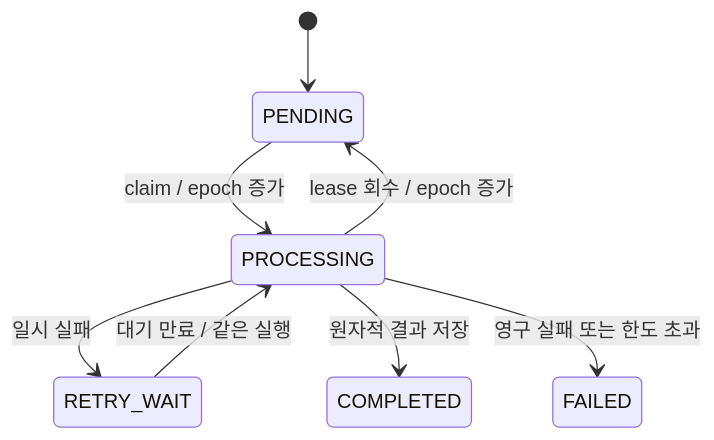
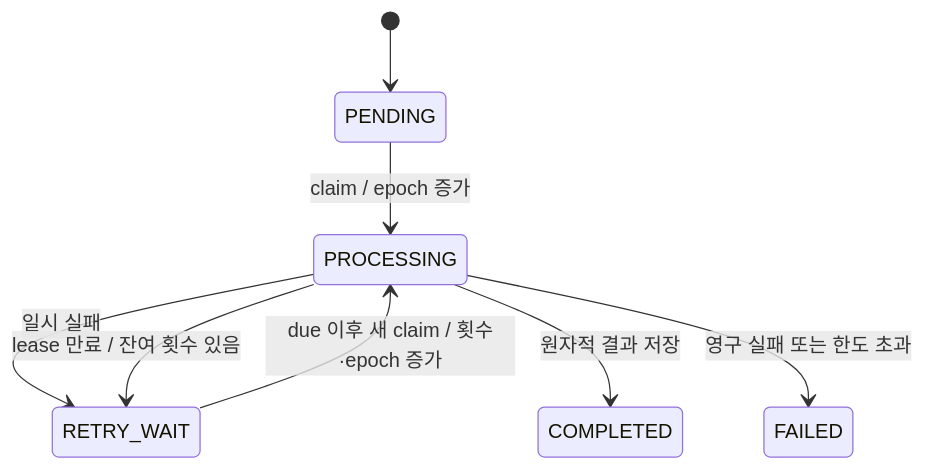
One commit to mash-up-kr/spr1n6-osscontest-worker changed the second of 2 diagrams in README.md. Above: the diagram before and after it, drawn with Mermaid. The commit also changed other lines of this file and 37 other files, not shown here.

````diff
--- a/README.md
+++ b/README.md
@@ -52,10 +53,10 @@
 ```mermaid
 stateDiagram-v2
     [*] --> PENDING
     PENDING --> PROCESSING: claim / epoch 증가
     PROCESSING --> RETRY_WAIT: 일시 실패
-    RETRY_WAIT --> PROCESSING: 대기 만료 / 같은 실행
+    RETRY_WAIT --> PROCESSING: due 이후 새 claim / 횟수·epoch 증가
     PROCESSING --> COMPLETED: 원자적 결과 저장
     PROCESSING --> FAILED: 영구 실패 또는 한도 초과
-    PROCESSING --> PENDING: lease 회수 / epoch 증가
+    PROCESSING --> RETRY_WAIT: lease 만료 / 잔여 횟수 있음
 ```
````
